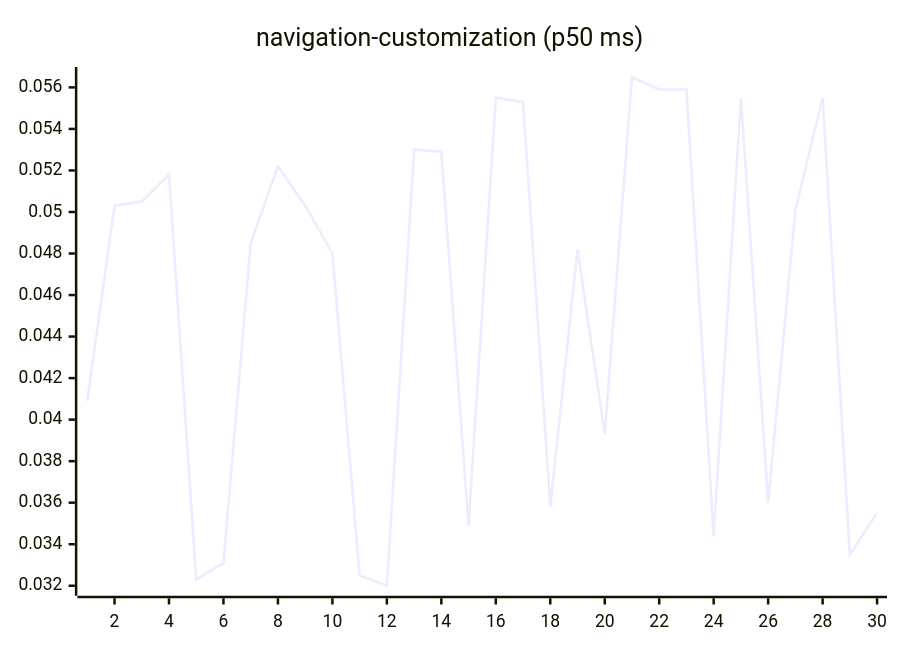
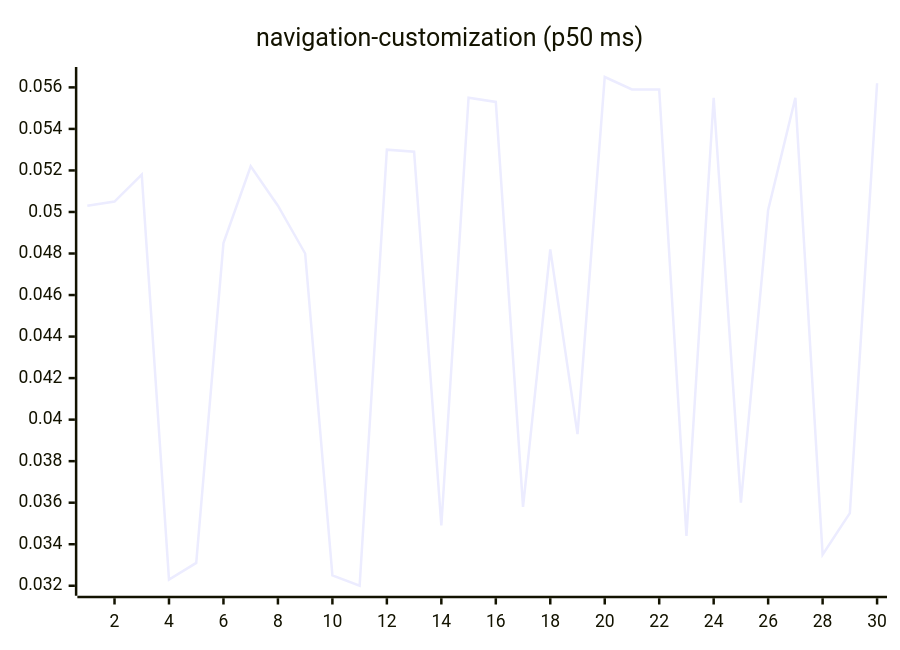
Before and after one commit to josha/Facet: diagram 15 of 27 in README.md, drawn with Mermaid. The commit also changed other lines of this file and 2 other files, not shown here.

````diff
--- a/README.md
+++ b/README.md
@@ -161,6 +161,6 @@
 ```mermaid
 xychart-beta
     title "navigation-customization (p50 ms)"
     x-axis 1 --> 30
-    line [0.0409, 0.0503, 0.0505, 0.0518, 0.0323, 0.0331, 0.0485, 0.0522, 0.0503, 0.0480, 0.0325, 0.0320, 0.0530, 0.0529, 0.0349, 0.0555, 0.0553, 0.0358, 0.0482, 0.0393, 0.0565, 0.0559, 0.0559, 0.0344, 0.0555, 0.0360, 0.0501, 0.0555, 0.0335, 0.0355]
+    line [0.0503, 0.0505, 0.0518, 0.0323, 0.0331, 0.0485, 0.0522, 0.0503, 0.0480, 0.0325, 0.0320, 0.0530, 0.0529, 0.0349, 0.0555, 0.0553, 0.0358, 0.0482, 0.0393, 0.0565, 0.0559, 0.0559, 0.0344, 0.0555, 0.0360, 0.0501, 0.0555, 0.0335, 0.0355, 0.0562]
 ```
````
